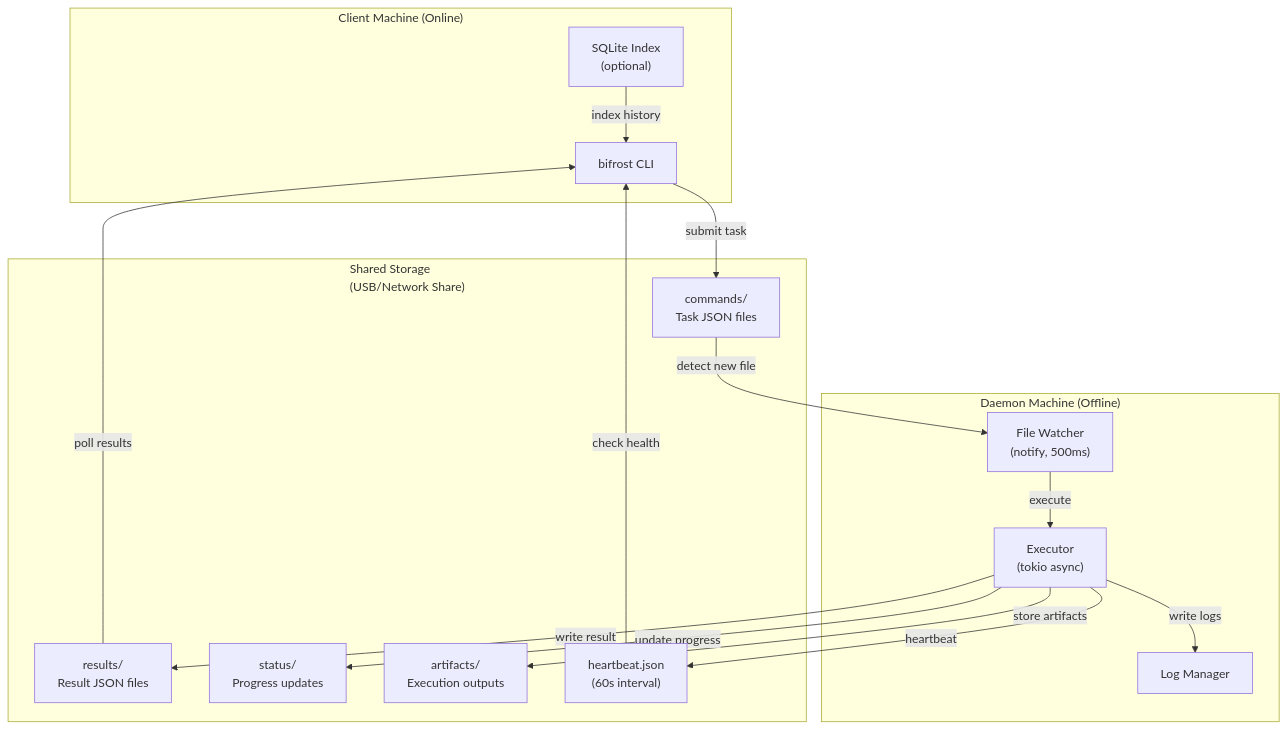
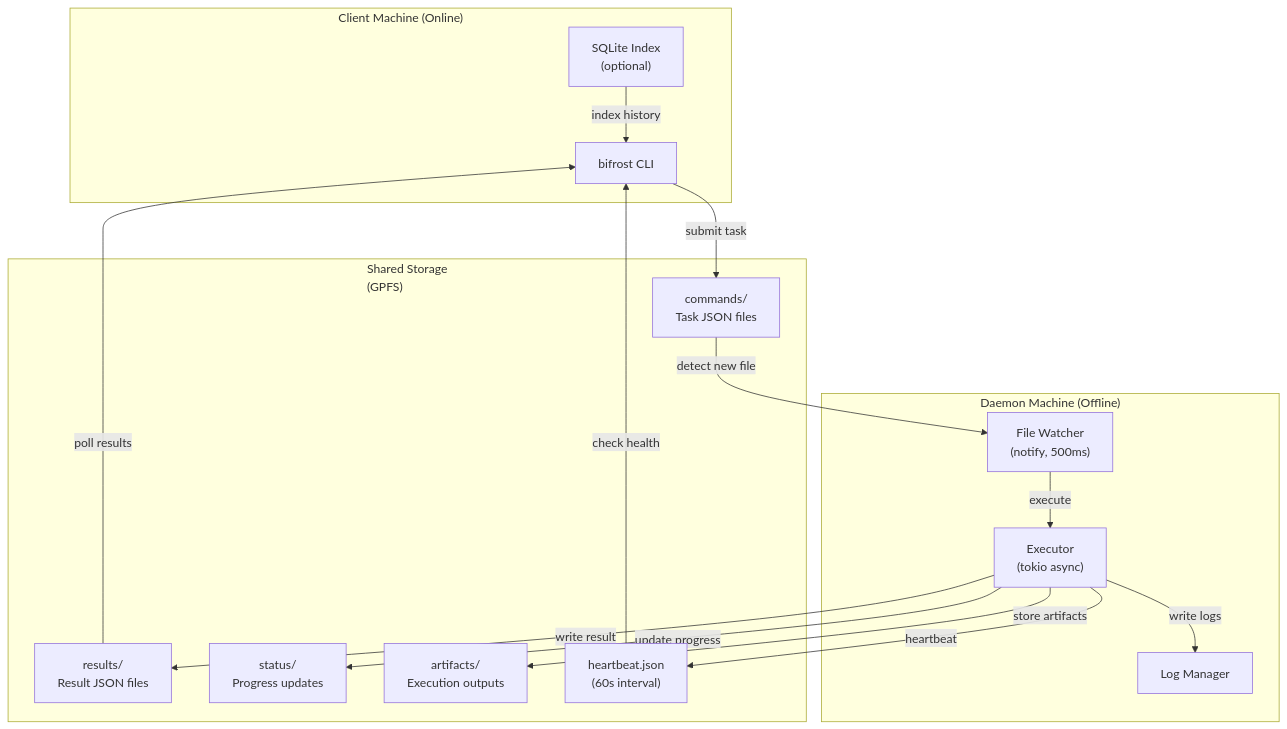
The first of 2 diagrams in README.md (peterlau123/bifrost), drawn with Mermaid before and after one commit. The commit also changed other lines of this file, not shown here.

First line of the commit message:
docs: replace NFS/USB references with GPFS in README

````diff
--- a/README.md
+++ b/README.md
@@ -77,33 +77,33 @@
 ```mermaid
 flowchart TB
     subgraph Client["Client Machine (Online)"]
         CLI["bifrost CLI"]
         DB["SQLite Index<br/>(optional)"]
     end
     
-    subgraph Shared["Shared Storage<br/>(USB/Network Share)"]
+    subgraph Shared["Shared Storage<br/>(GPFS)"]
         CMD["commands/<br/>Task JSON files"]
         RES["results/<br/>Result JSON files"]
         STA["status/<br/>Progress updates"]
         ART["artifacts/<br/>Execution outputs"]
         HB["heartbeat.json<br/>(60s interval)"]
     end
     
     subgraph Daemon["Daemon Machine (Offline)"]
         WT["File Watcher<br/>(notify, 500ms)"]
         EX["Executor<br/>(tokio async)"]
         LOG["Log Manager"]
     end
     
     CLI -->|"submit task"| CMD
     CMD -->|"detect new file"| WT
     WT -->|"execute"| EX
     EX -->|"write logs"| LOG
     EX -->|"write result"| RES
     EX -->|"update progress"| STA
     EX -->|"store artifacts"| ART
     EX -->|"heartbeat"| HB
     RES -->|"poll results"| CLI
     HB -->|"check health"| CLI
     DB -->|"index history"| CLI
 ```
````
